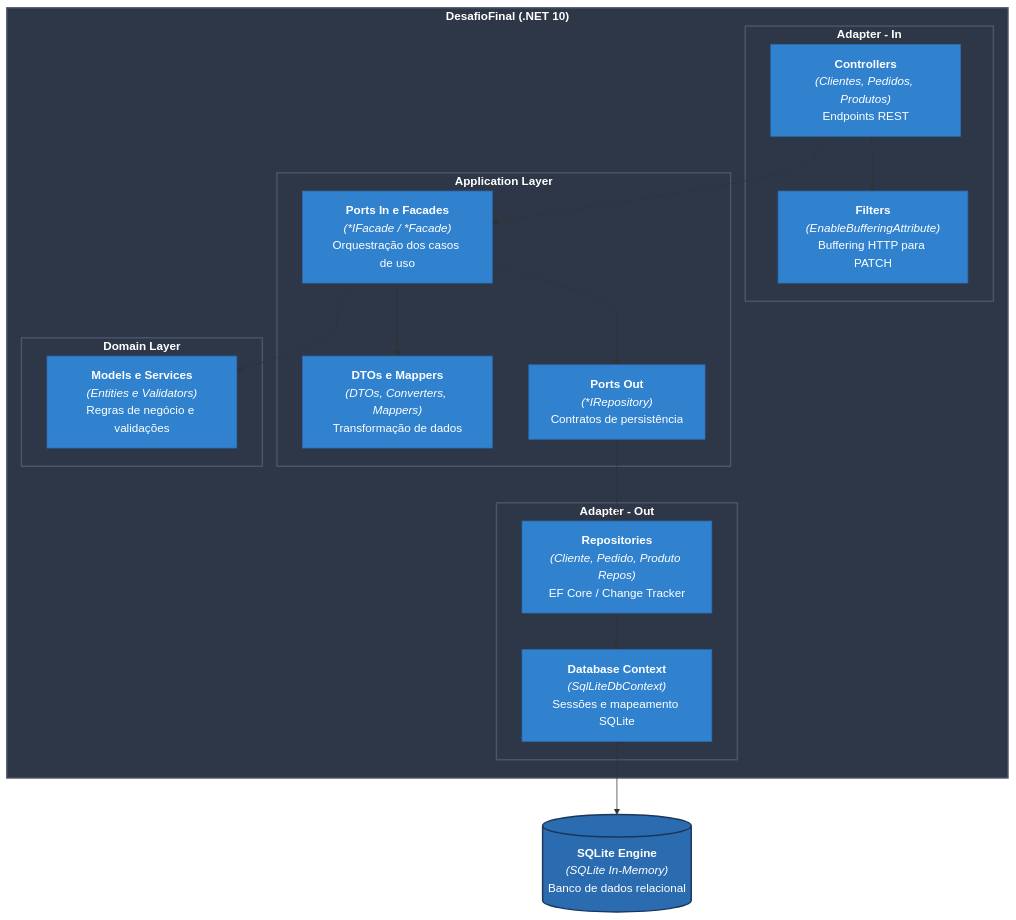
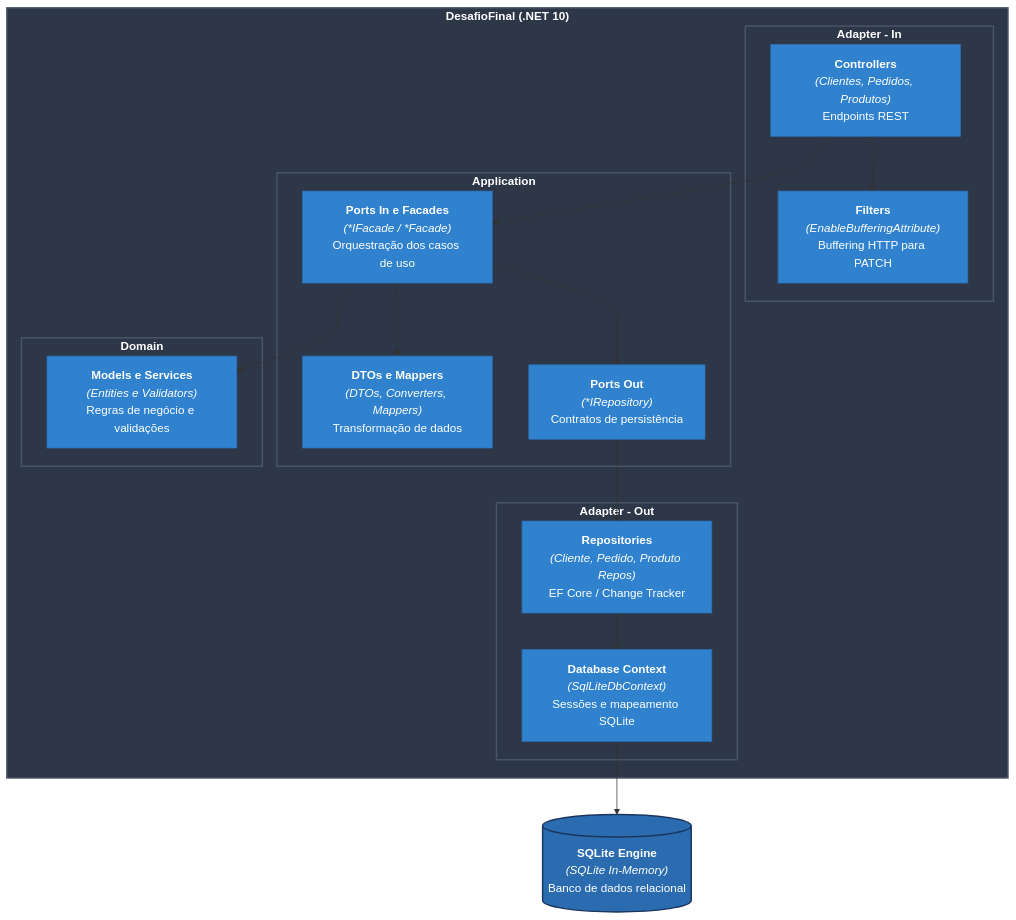
One commit to JuliermeCosta/DesafioFinal changed the third of 3 diagrams in README.md. Above: the diagram before and after it, drawn with Mermaid. The commit also changed other lines of this file, not shown here.

Commit message:
Atualização do README.md

````diff
--- a/README.md
+++ b/README.md
@@ -49,44 +49,44 @@
 ```mermaid
 flowchart TD
     classDef boundaryStyle fill:#2d3748,stroke:#4a5568,stroke-width:2px,color:#fff,font-weight:bold;
     classDef componentStyle fill:#3182ce,stroke:#2b6cb0,stroke-width:1px,color:#fff;
     classDef dbStyle fill:#2b6cb0,stroke:#1a365d,stroke-width:2px,color:#fff;
 
     subgraph API ["DesafioFinal (.NET 10)"]
             
         subgraph AdapterIn ["Adapter - In"]
             Controllers["<b>Controllers</b><br/><i>(Clientes, Pedidos, Produtos)</i><br/>Endpoints REST"]
             Filters["<b>Filters</b><br/><i>(EnableBufferingAttribute)</i><br/>Buffering HTTP para PATCH"]
         end
 
-        subgraph Application ["Application Layer"]
+        subgraph Application ["Application"]
             PortsIn["<b>Ports In e Facades</b><br/><i>(*IFacade / *Facade)</i><br/>Orquestração dos casos de uso"]
             AppMappers["<b>DTOs e Mappers</b><br/><i>(DTOs, Converters, Mappers)</i><br/>Transformação de dados"]
             PortsOut["<b>Ports Out</b><br/><i>(*IRepository)</i><br/>Contratos de persistência"]
         end
 
-        subgraph Domain ["Domain Layer"]
+        subgraph Domain ["Domain"]
             Models["<b>Models e Services</b><br/><i>(Entities e Validators)</i><br/>Regras de negócio e validações"]
         end
 
         subgraph AdapterOut ["Adapter - Out"]
             Repos["<b>Repositories</b><br/><i>(Cliente, Pedido, Produto Repos)</i><br/>EF Core / Change Tracker"]
             DbContext["<b>Database Context</b><br/><i>(SqlLiteDbContext)</i><br/>Sessões e mapeamento SQLite"]
         end
     end
 
 SQLite[("<b>SQLite Engine</b><br/><i>(SQLite In-Memory)</i><br/>Banco de dados relacional")]
 
     class Title,API,AdapterIn,Application,Domain,AdapterOut boundaryStyle;
     class Controllers,Filters,PortsIn,AppMappers,PortsOut,Models,Repos,DbContext componentStyle;
     class SQLite dbStyle;
 
     Controllers --> Filters
     Controllers --> PortsIn
     PortsIn --> AppMappers
     PortsIn --> Models
     PortsIn --> PortsOut
     PortsOut --> Repos
     Repos --> DbContext
     DbContext --> SQLite
 ```
````
